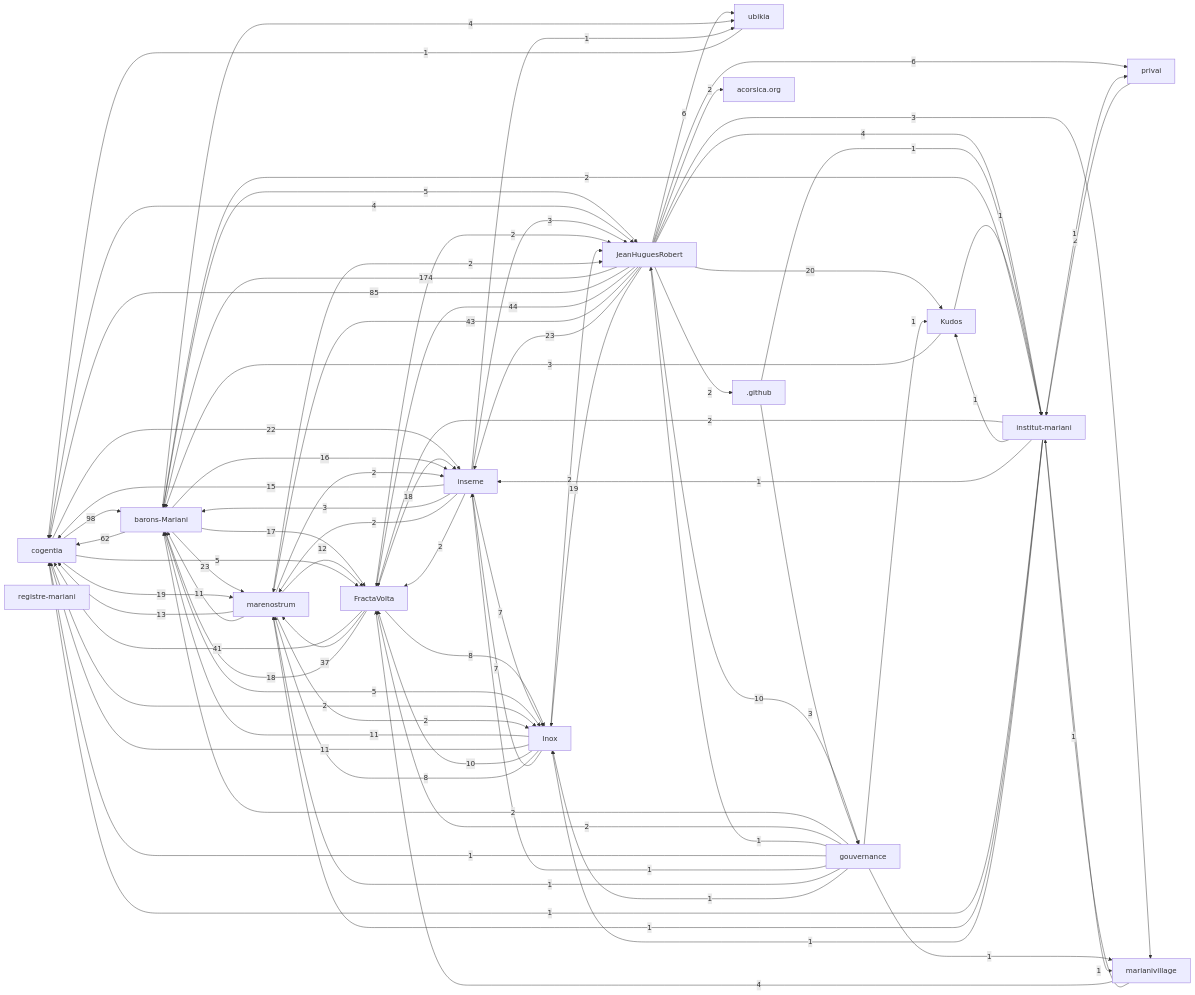
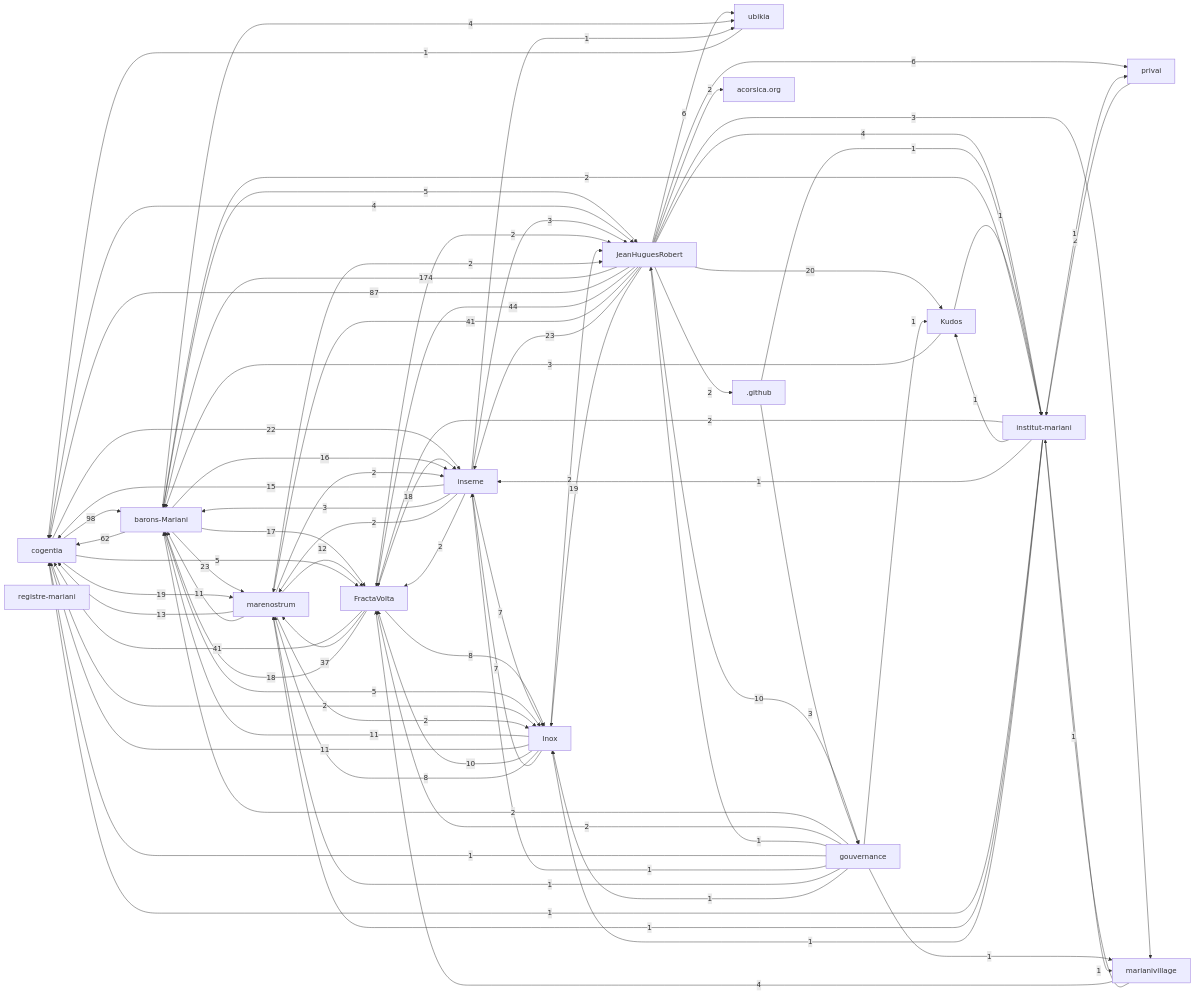
One commit to JeanHuguesRobert/FractaVolta changed the first of 2 diagrams in research/corpus-status.md. Above: the diagram before and after it, drawn with Mermaid.

Commit message:
Refresh corpus status

```diff
--- a/research/corpus-status.md
+++ b/research/corpus-status.md
@@ -69,11 +69,11 @@
   r_acorsica_org["acorsica.org"]
   r_jeanhuguesrobert -->|174| r_barons_mariani
   r_cogentia -->|98| r_barons_mariani
-  r_jeanhuguesrobert -->|85| r_cogentia
+  r_jeanhuguesrobert -->|87| r_cogentia
   r_barons_mariani -->|62| r_cogentia
   r_jeanhuguesrobert -->|44| r_fractavolta
-  r_jeanhuguesrobert -->|43| r_marenostrum
   r_fractavolta -->|41| r_cogentia
+  r_jeanhuguesrobert -->|41| r_marenostrum
   r_fractavolta -->|37| r_marenostrum
   r_barons_mariani -->|23| r_marenostrum
   r_jeanhuguesrobert -->|23| r_inseme
```
